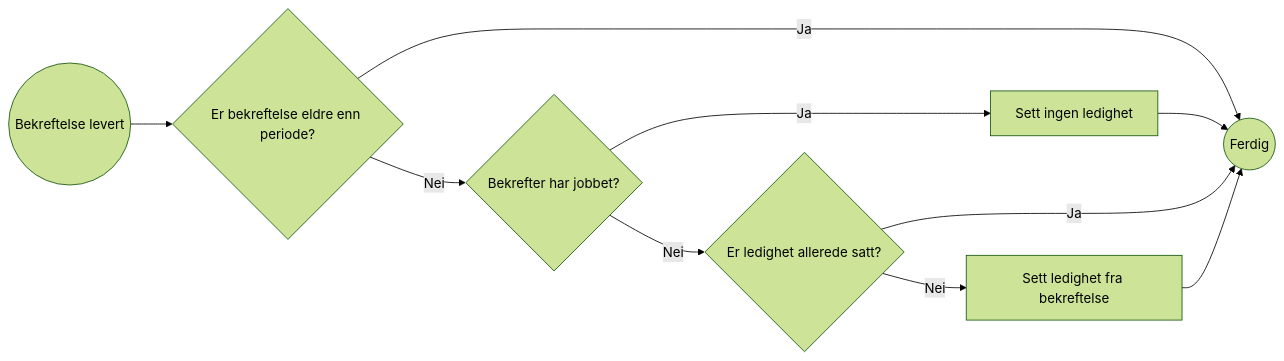
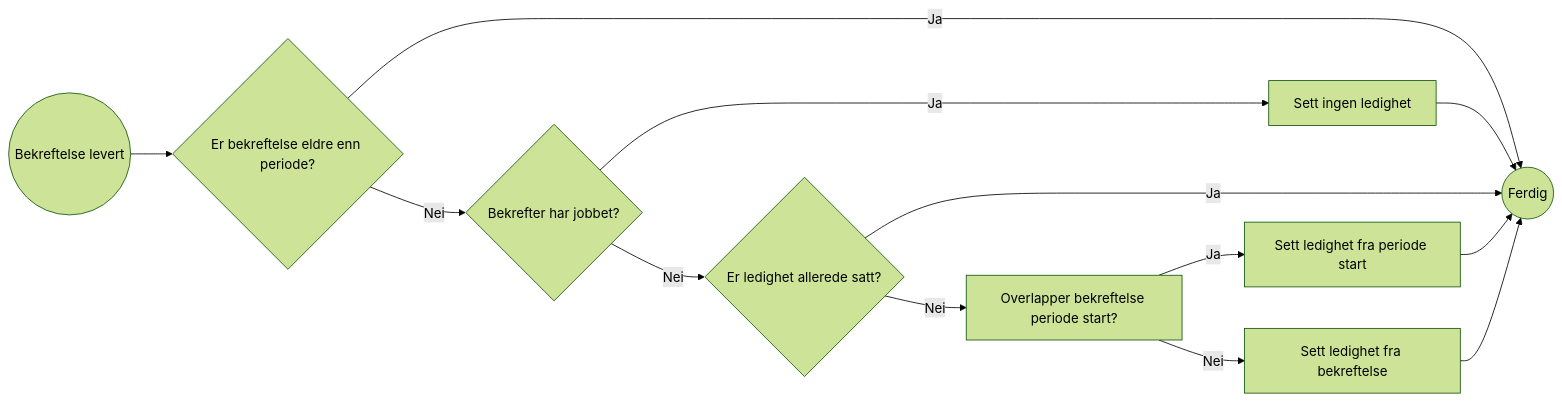
One commit to navikt/paw-rust-monorepo changed the second of 5 diagrams in app/kartlegging-api/README.md. Above: the diagram before and after it, drawn with Mermaid (forest theme). The commit also changed other lines of this file and 2 other files, not shown here.

````diff
--- a/app/kartlegging-api/README.md
+++ b/app/kartlegging-api/README.md
@@ -38,12 +44,15 @@
 ```mermaid
 graph LR
     bekreftelse_levert((Bekreftelse levert)) --> er_bekreftelse_eldre_enn_periode{Er bekreftelse eldre enn periode?}
     er_bekreftelse_eldre_enn_periode -->|Ja| ferdig((Ferdig))
     er_bekreftelse_eldre_enn_periode -->|Nei| bekrefter_har_jobbet{Bekrefter har jobbet?}
     bekrefter_har_jobbet -->|Ja| ingen_ledighet[Sett ingen ledighet]
     bekrefter_har_jobbet -->|Nei| er_ledighet_satt{Er ledighet allerede satt?}
     er_ledighet_satt -->|Ja| ferdig
-    er_ledighet_satt -->|Nei| ledighet_fra_bekreftelse[Sett ledighet fra bekreftelse]
+    er_ledighet_satt -->|Nei| overlapper_bekreftelse_periode_start[Overlapper bekreftelse periode start?]
+    overlapper_bekreftelse_periode_start -->|Ja| ledighet_fra_periode_start[Sett ledighet fra periode start]
+    overlapper_bekreftelse_periode_start -->|Nei|ledighet_fra_bekreftelse[Sett ledighet fra bekreftelse]
     ingen_ledighet --> ferdig
+    ledighet_fra_periode_start --> ferdig
     ledighet_fra_bekreftelse --> ferdig
 ```
````
